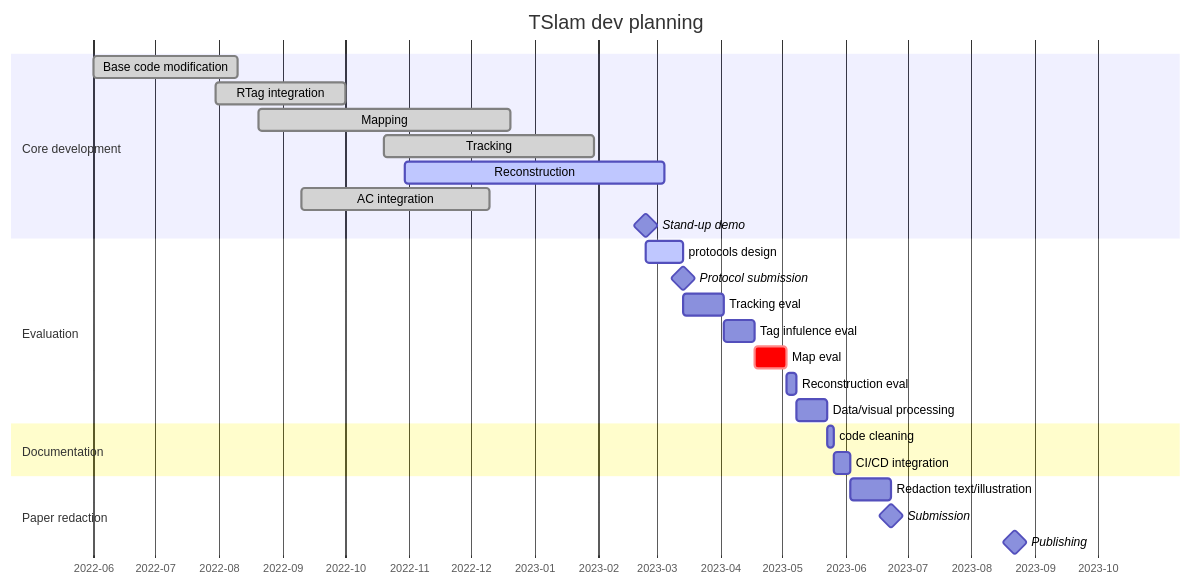
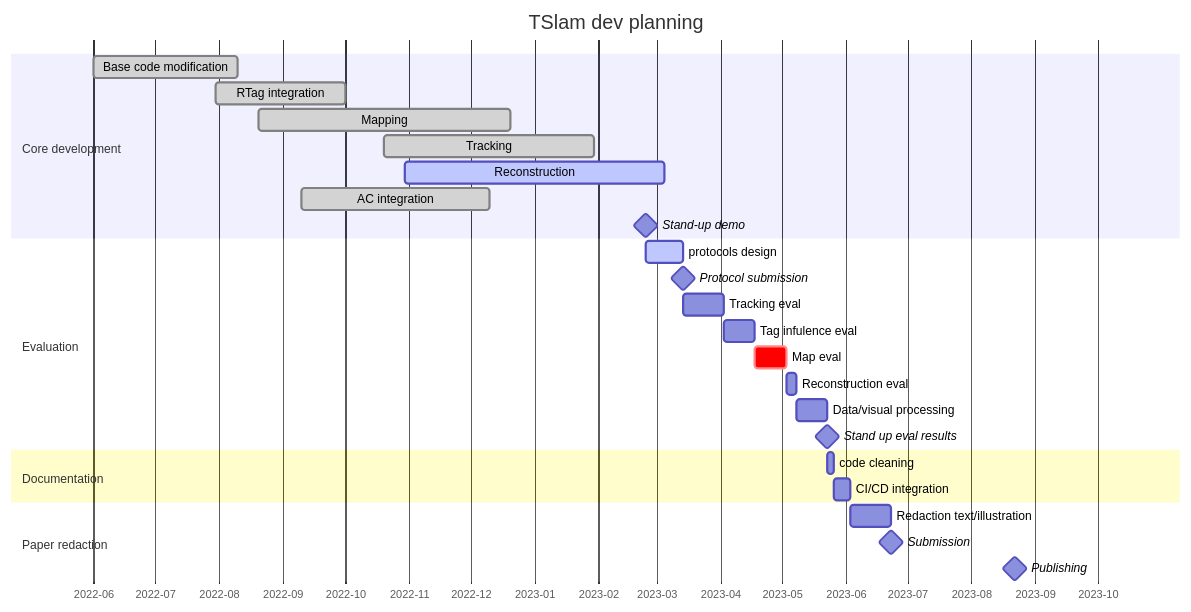
One commit to ibois-epfl/TSlam changed the diagram in README.md. Above: the diagram before and after it, drawn with Mermaid. The commit also changed other lines of this file, not shown here.

Commit message:
FIX: planning mod

````diff
--- a/README.md
+++ b/README.md
@@ -11,33 +10,34 @@
 ```mermaid
 gantt
     dateFormat  YYYY-MM-DD
     title       TSlam dev planning
     axisFormat %Y-%m
 
     section Core development
     Base code modification          :done, ucm, 2022-06-01, 2022-08-10
     RTag integration                :done, rti, 2022-07-30, 2022-10-01
     Mapping                         :done, map, 2022-08-20, 2022-12-20
     Tracking                        :done, trck, 2022-10-20, 2023-01-30
     Reconstruction                  :active, rec, 2022-10-30, 2023-03-05
     AC integration                  :done, aci, 2022-09-10, 2022-12-10
     Stand-up demo                   :milestone, 2023-02-24, 0d
 
     section Evaluation
     protocols design                :active, ptrd, 2023-02-24, 2023-03-14
     Protocol submission             :milestone, 2023-03-14, 0d
     Tracking eval                   : trel, 2023-03-14, 20d
     Tag infulence eval              :15d
     Map eval                        :crit, 15d
     Reconstruction eval             :5d
     Data/visual processing          :15d
+    Stand up eval results             :milestone, 0d
 
     section Documentation
     code cleaning                   : 3d
     CI/CD integration               : 8d
 
     section Paper redaction
     Redaction text/illustration     :20d
     Submission                      :milestone, 0d
     Publishing                      :milestone, 120d
 ```
````
